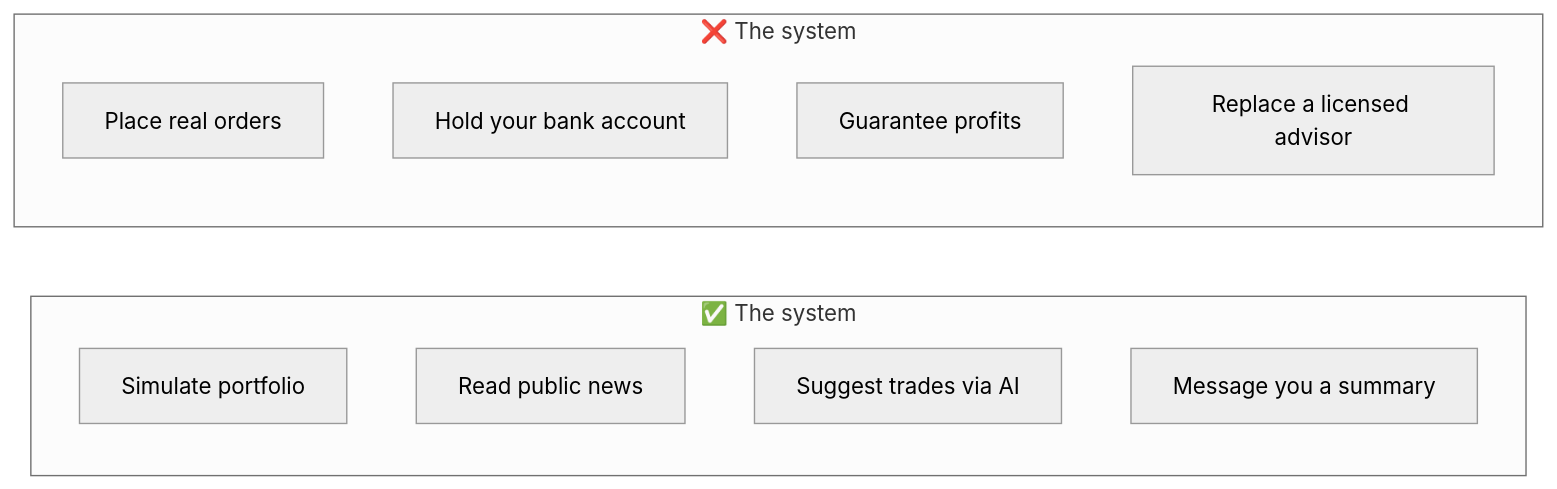
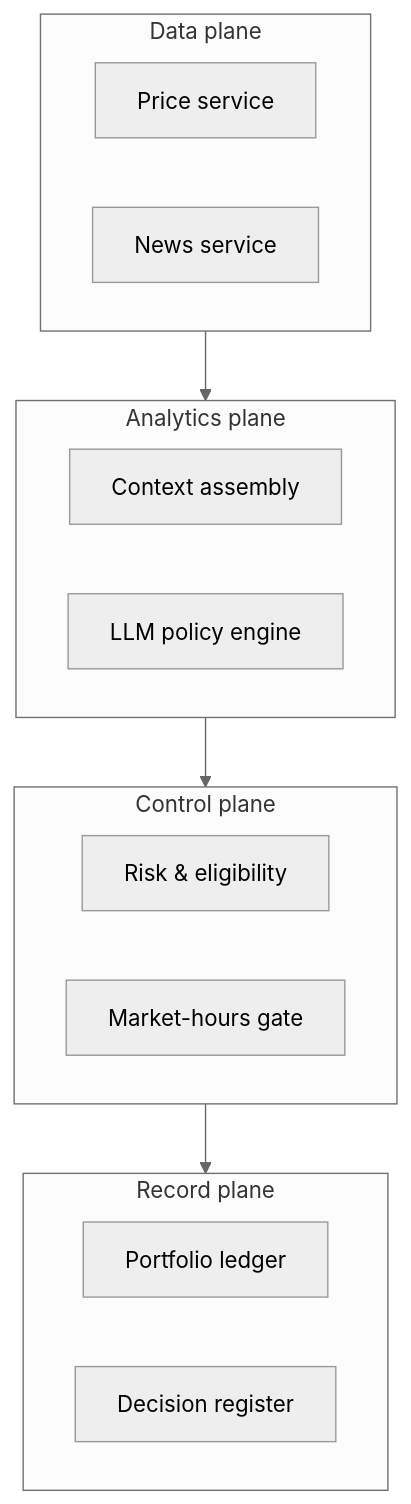
One commit to stavhaco/finance changed the second of 8 diagrams in docs/BUSINESS_OVERVIEW.md. Above: the diagram before and after it, drawn with Mermaid (neutral theme). The commit also changed other lines of this file, not shown here.

First line of the commit message:
Rewrite business overview: professional tone and linear diagrams

````diff
--- a/docs/BUSINESS_OVERVIEW.md
+++ b/docs/BUSINESS_OVERVIEW.md
@@ -44,15 +67,27 @@
 ```mermaid
-flowchart LR
-    subgraph Does["✅ The system"]
-        D1[Simulate portfolio]
-        D2[Read public news]
-        D3[Suggest trades via AI]
-        D4[Message you a summary]
+flowchart TB
+    subgraph L1["Data plane"]
+        direction LR
+        P1[Price service]
+        P2[News service]
     end
-    subgraph DoesNot["❌ The system"]
-        N1[Place real orders]
-        N2[Hold your bank account]
-        N3[Guarantee profits]
-        N4[Replace a licensed advisor]
+    subgraph L2["Analytics plane"]
+        direction LR
+        A1[Context assembly]
+        A2[LLM policy engine]
     end
+    subgraph L3["Control plane"]
+        direction LR
+        C1[Risk & eligibility]
+        C2[Market-hours gate]
+    end
+    subgraph L4["Record plane"]
+        direction LR
+        R1[Portfolio ledger]
+        R2[Decision register]
+    end
+
+    L1 --> L2
+    L2 --> L3
+    L3 --> L4
 ```
````
